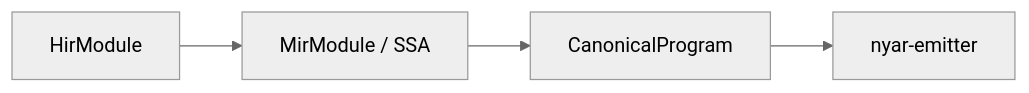
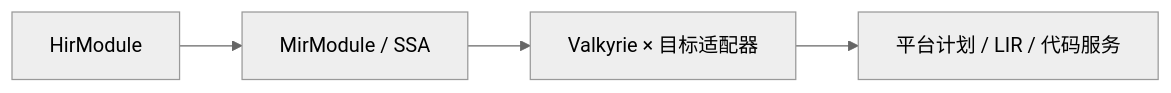
Before and after one commit to nyar-vm/nyar-vm: the diagram in projects/nyar.rs/languages/rusty-valkyrie/src/compiler/mir/readme.md, drawn with Mermaid (neutral theme). The commit also changed other lines of this file and 7 other files, not shown here.

````diff
--- a/projects/nyar.rs/languages/rusty-valkyrie/src/compiler/mir/readme.md
+++ b/projects/nyar.rs/languages/rusty-valkyrie/src/compiler/mir/readme.md
@@ -13,11 +13,11 @@
 ```mermaid
 flowchart LR
   hir[HirModule]
   mir[MirModule / SSA]
-  canon[CanonicalProgram]
-  emit[nyar-emitter]
+  adapter[Valkyrie × 目标适配器]
+  emit[平台计划 / LIR / 代码服务]
 
   hir --> mir
-  mir --> canon
-  canon --> emit
+  mir --> adapter
+  adapter --> emit
 ```
````
